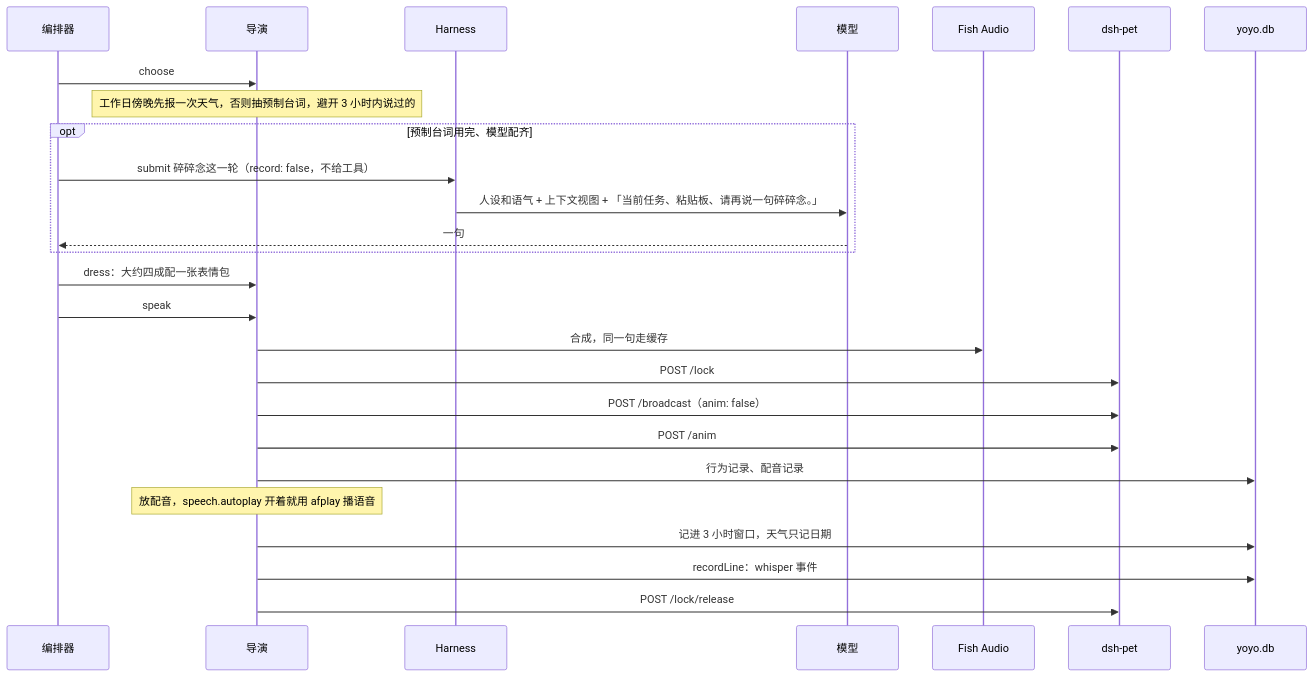
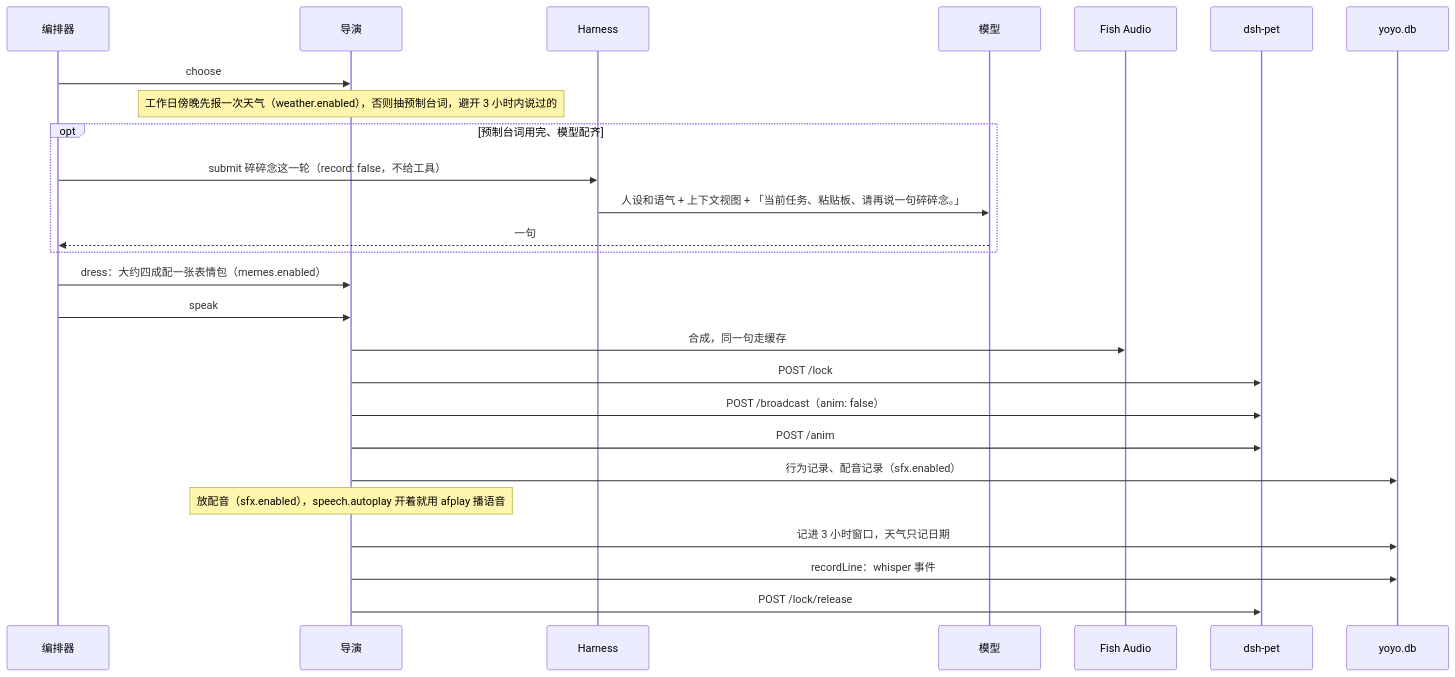
Before and after one commit to modelctx-ai/yoyo: the third of 5 diagrams in docs/tech/architecture.md, drawn with Mermaid. The commit also changed other lines of this file and 12 other files, not shown here.

````diff
--- a/docs/tech/architecture.md
+++ b/docs/tech/architecture.md
@@ -204,28 +204,28 @@
 ```mermaid
 sequenceDiagram
   participant Orch as 编排器
   participant Dir as 导演
   participant H as Harness
   participant LLM as 模型
   participant TTS as Fish Audio
   participant Pet as dsh-pet
   participant DB as yoyo.db
   Orch->>Dir: choose
-  Note over Dir: 工作日傍晚先报一次天气，否则抽预制台词，避开 3 小时内说过的
+  Note over Dir: 工作日傍晚先报一次天气（weather.enabled），否则抽预制台词，避开 3 小时内说过的
   opt 预制台词用完、模型配齐
     Orch->>H: submit 碎碎念这一轮（record: false，不给工具）
     H->>LLM: 人设和语气 + 上下文视图 + 「当前任务、粘贴板、请再说一句碎碎念。」
     LLM-->>Orch: 一句
   end
-  Orch->>Dir: dress：大约四成配一张表情包
+  Orch->>Dir: dress：大约四成配一张表情包（memes.enabled）
   Orch->>Dir: speak
   Dir->>TTS: 合成，同一句走缓存
   Dir->>Pet: POST /lock
   Dir->>Pet: POST /broadcast（anim: false）
   Dir->>Pet: POST /anim
-  Dir->>DB: 行为记录、配音记录
-  Note over Dir: 放配音，speech.autoplay 开着就用 afplay 播语音
+  Dir->>DB: 行为记录、配音记录（sfx.enabled）
+  Note over Dir: 放配音（sfx.enabled），speech.autoplay 开着就用 afplay 播语音
   Dir->>DB: 记进 3 小时窗口，天气只记日期
   Dir->>DB: recordLine：whisper 事件
   Dir->>Pet: POST /lock/release
 ```
````
